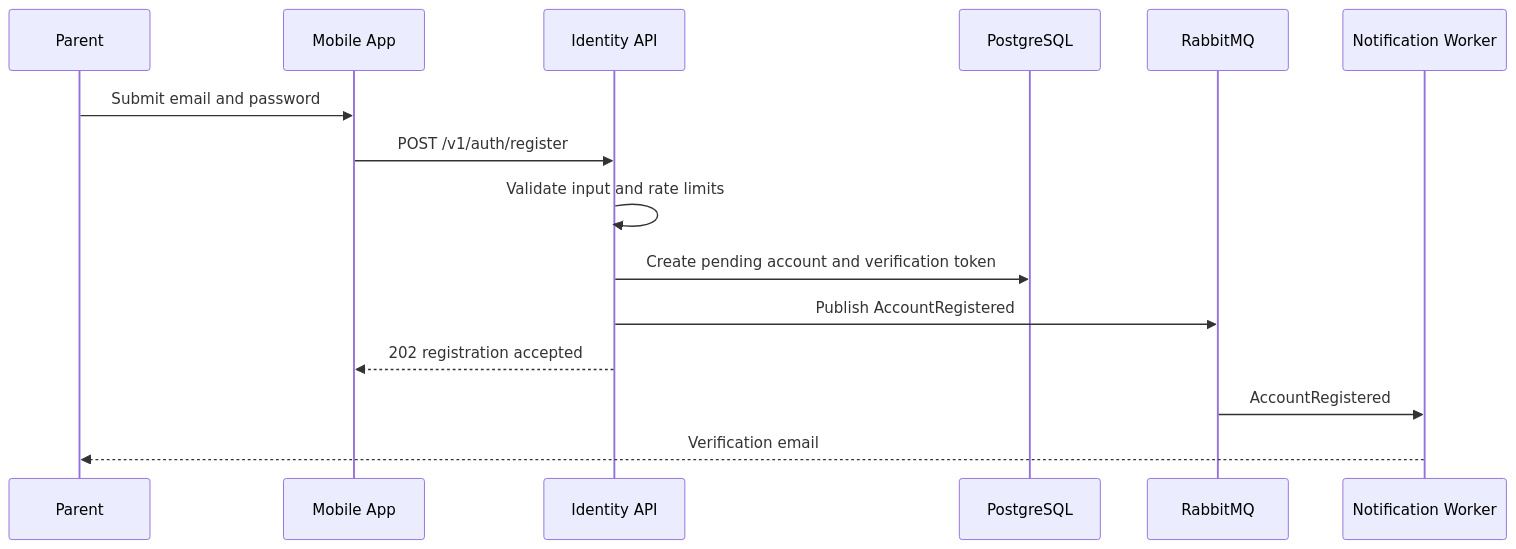
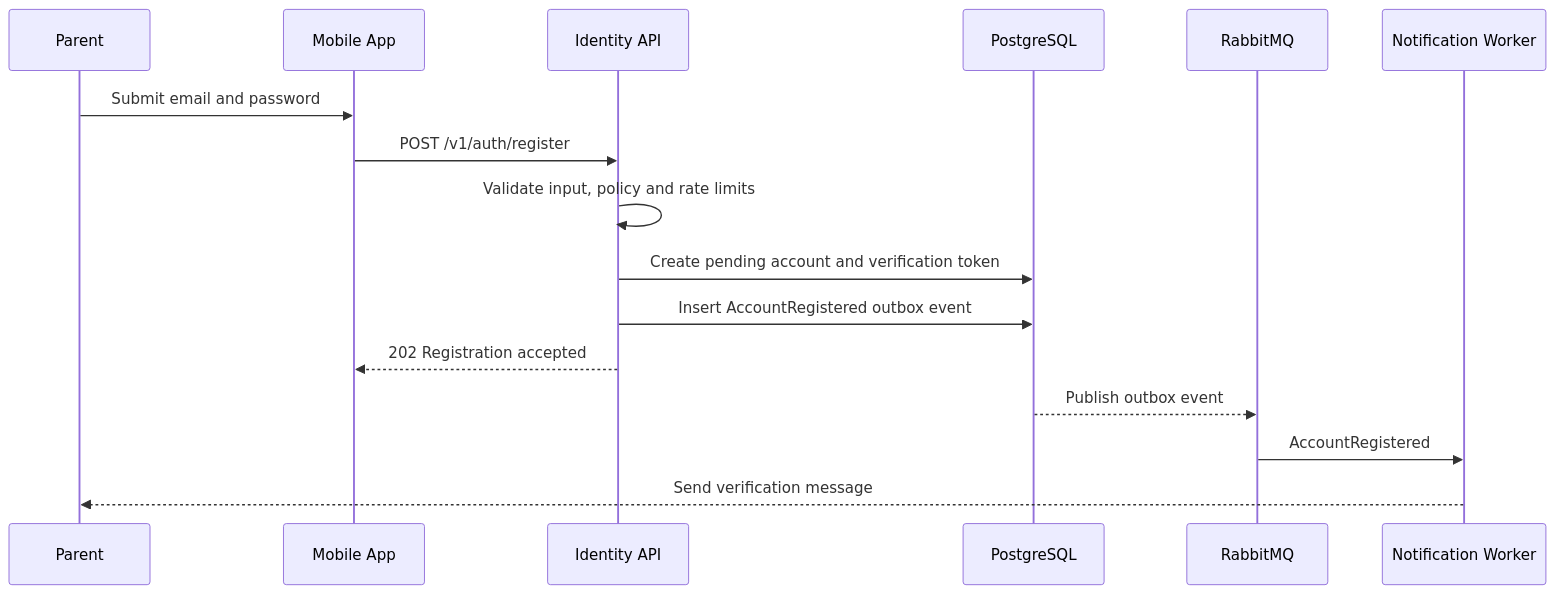
Before and after one commit to IoanMarian08/KidsAudioBookPlatform: the first of 14 diagrams in docs/03_Architecture/System_Flows.md, drawn with Mermaid. The commit also changed other lines of this file, not shown here.

Commit message:
Document system flows

````diff
--- a/docs/03_Architecture/System_Flows.md
+++ b/docs/03_Architecture/System_Flows.md
@@ -23,18 +51,19 @@
 ```mermaid
 sequenceDiagram
     participant P as Parent
     participant M as Mobile App
     participant A as Identity API
     participant DB as PostgreSQL
     participant MQ as RabbitMQ
     participant N as Notification Worker
 
     P->>M: Submit email and password
     M->>A: POST /v1/auth/register
-    A->>A: Validate input and rate limits
+    A->>A: Validate input, policy and rate limits
     A->>DB: Create pending account and verification token
-    A->>MQ: Publish AccountRegistered
-    A-->>M: 202 registration accepted
+    A->>DB: Insert AccountRegistered outbox event
+    A-->>M: 202 Registration accepted
+    DB-->>MQ: Publish outbox event
     MQ->>N: AccountRegistered
-    N-->>P: Verification email
+    N-->>P: Send verification message
 ```
````
